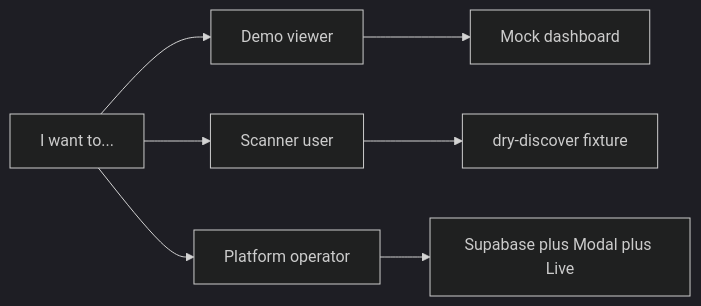
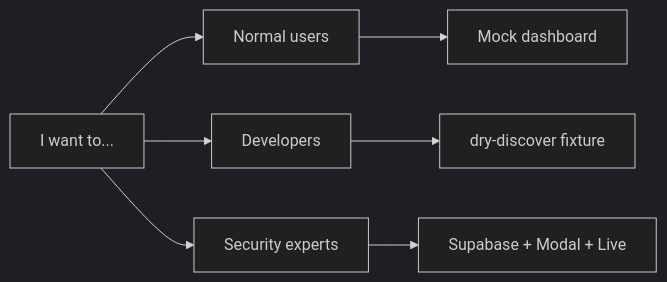
The diagram in QUICKSTART.md (neomatrix369/tripwire), drawn with Mermaid (dark theme) before and after one commit. The commit also changed other lines of this file and 57 other files, not shown here.

````diff
--- a/QUICKSTART.md
+++ b/QUICKSTART.md
@@ -9,9 +11,9 @@
 ```mermaid
 flowchart LR
-  start[I want to...] --> demo[Demo viewer]
-  start --> scan[Scanner user]
-  start --> platform[Platform operator]
+  start[I want to...] --> demo[Normal users]
+  start --> scan[Developers]
+  start --> platform[Security experts]
   demo --> mockDash[Mock dashboard]
   scan --> dryDiscover[dry-discover fixture]
-  platform --> fullStack[Supabase plus Modal plus Live]
+  platform --> fullStack[Supabase + Modal + Live]
 ```
````
